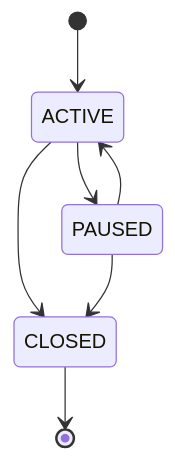
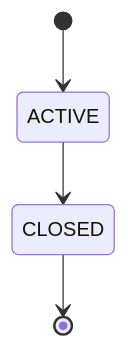
One commit to etherisc/gif-next changed the third of 9 diagrams in docs_manual/lifecycle.md. Above: the diagram before and after it, drawn with Mermaid. The commit also changed other lines of this file and 11 other files, not shown here.

````diff
--- a/docs_manual/lifecycle.md
+++ b/docs_manual/lifecycle.md
@@ -31,9 +31,6 @@
 ```mermaid
 stateDiagram-v2
     [*] --> ACTIVE
-    ACTIVE --> PAUSED
     ACTIVE --> CLOSED 
-    PAUSED --> ACTIVE
-    PAUSED --> CLOSED
     CLOSED --> [*]
 ```
````
